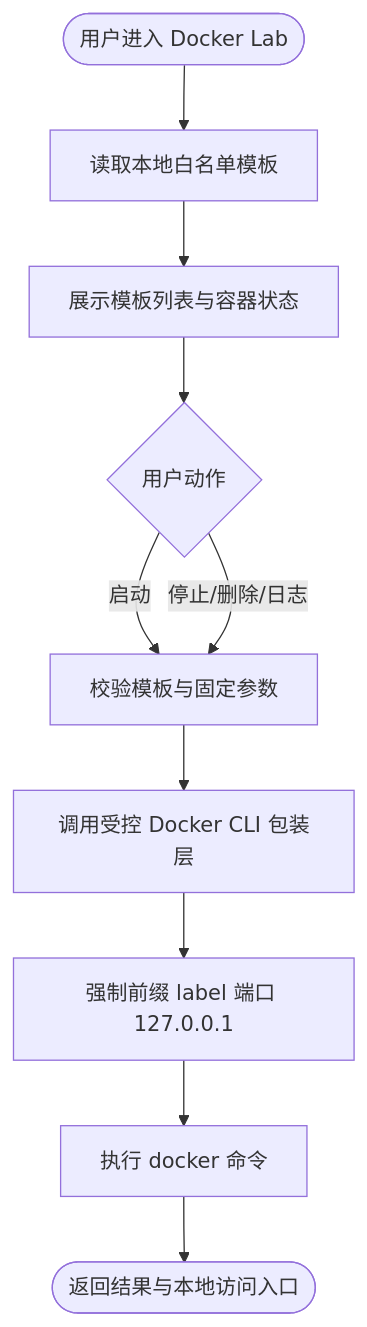
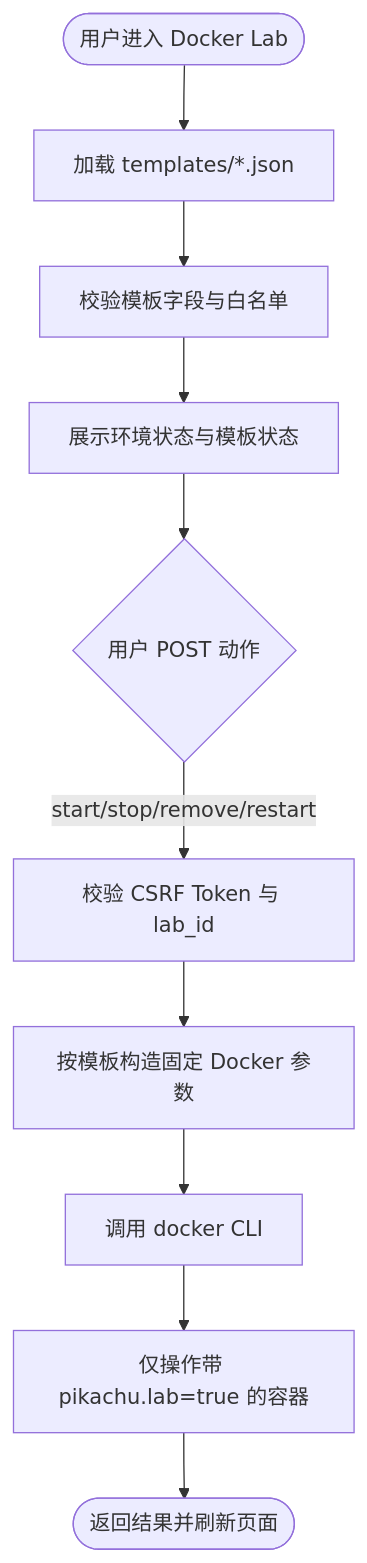
One commit to IKUN-PEPE/Pikachu-Enhanced changed the diagram in docker-lab-design.md. Above: the diagram before and after it, drawn with Mermaid. The commit also changed other lines of this file and 9 other files, not shown here.

Commit message:
feat: 新增 Pikachu 漏洞模块和 Docker Lab Phase 1

````diff
--- a/docker-lab-design.md
+++ b/docker-lab-design.md
@@ -22,12 +30,12 @@
 ```mermaid
 flowchart TD
-    A([用户进入 Docker Lab]) --> B[读取本地白名单模板]
-    B --> C[展示模板列表与容器状态]
-    C --> D{用户动作}
-    D -->|启动| E[校验模板与固定参数]
-    D -->|停止/删除/日志| E
-    E --> F[调用受控 Docker CLI 包装层]
-    F --> G[强制前缀 label 端口 127.0.0.1]
-    G --> H[执行 docker 命令]
-    H --> I([返回结果与本地访问入口])
+    A([用户进入 Docker Lab]) --> B[加载 templates/*.json]
+    B --> C[校验模板字段与白名单]
+    C --> D[展示环境状态与模板状态]
+    D --> E{用户 POST 动作}
+    E -->|start/stop/remove/restart| F[校验 CSRF Token 与 lab_id]
+    F --> G[按模板构造固定 Docker 参数]
+    G --> H[调用 docker CLI]
+    H --> I[仅操作带 pikachu.lab=true 的容器]
+    I --> J([返回结果并刷新页面])
 ```
````
